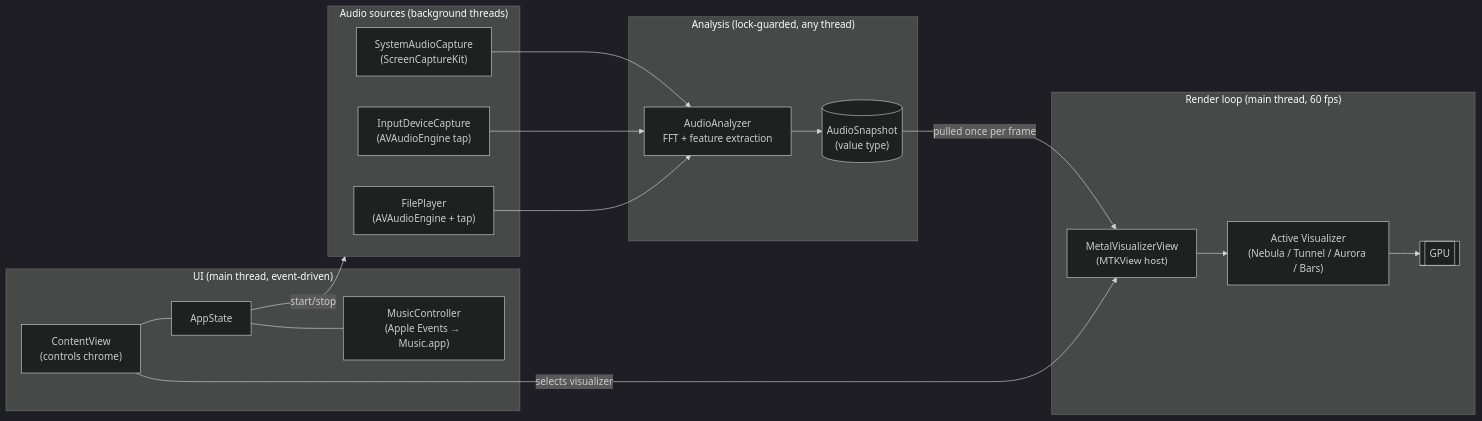
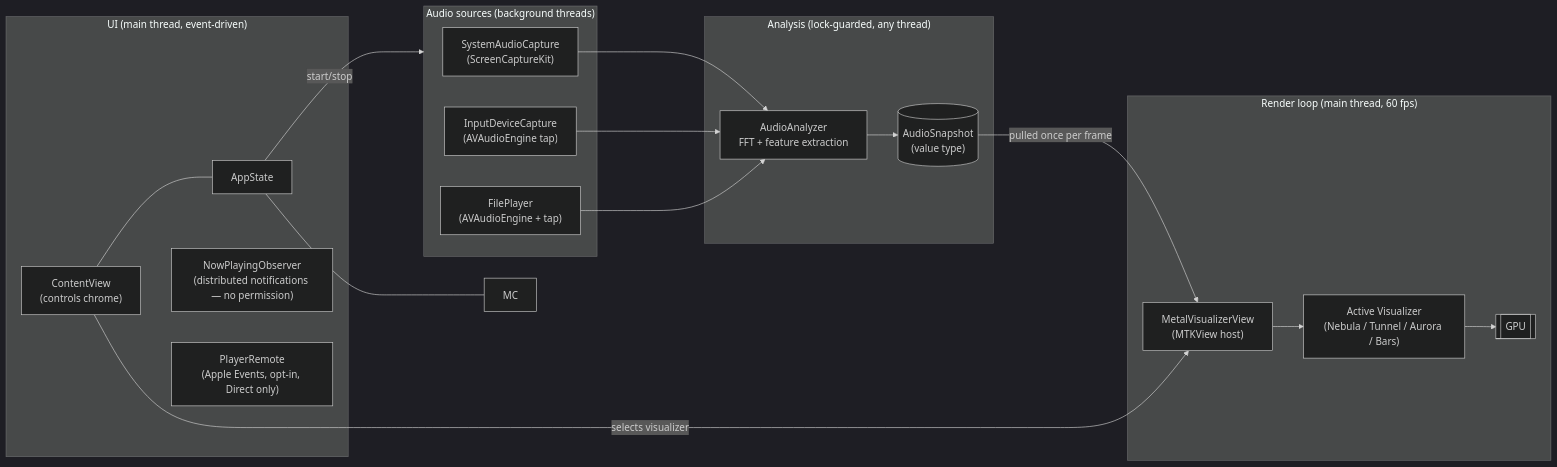
Before and after one commit to jonjaques/synesthia: the first of 3 diagrams in docs/architecture.md, drawn with Mermaid (dark theme). The commit also changed other lines of this file and 26 other files, not shown here.

````diff
--- a/docs/architecture.md
+++ b/docs/architecture.md
@@ -15,36 +15,37 @@
 ```mermaid
 flowchart LR
     subgraph sources["Audio sources (background threads)"]
         SCK["SystemAudioCapture<br>(ScreenCaptureKit)"]
         MIC["InputDeviceCapture<br>(AVAudioEngine tap)"]
         FILE["FilePlayer<br>(AVAudioEngine + tap)"]
     end
 
     subgraph analysis["Analysis (lock-guarded, any thread)"]
         AN["AudioAnalyzer<br>FFT + feature extraction"]
         SNAP[("AudioSnapshot<br>(value type)")]
     end
 
     subgraph render["Render loop (main thread, 60 fps)"]
         MVV["MetalVisualizerView<br>(MTKView host)"]
         VIZ["Active Visualizer<br>(Nebula / Tunnel / Aurora / Bars)"]
         GPU[["GPU"]]
     end
 
     subgraph ui["UI (main thread, event-driven)"]
         AS["AppState"]
         CV["ContentView<br>(controls chrome)"]
-        MC["MusicController<br>(Apple Events → Music.app)"]
+        NP["NowPlayingObserver<br>(distributed notifications — no permission)"]
+        PR["PlayerRemote<br>(Apple Events, opt-in, Direct only)"]
     end
 
     SCK --> AN
     MIC --> AN
     FILE --> AN
     AN --> SNAP
     SNAP -- "pulled once per frame" --> MVV
     MVV --> VIZ --> GPU
     AS -- "start/stop" --> sources
     AS --- MC
     CV --- AS
     CV -- selects visualizer --> MVV
 ```
````
